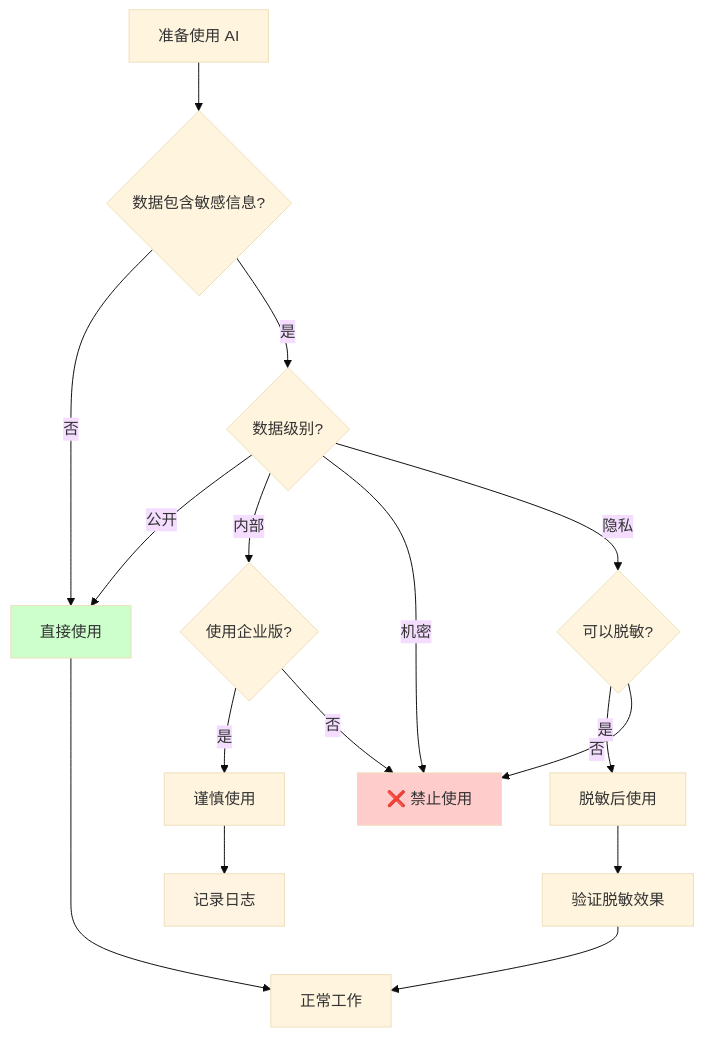
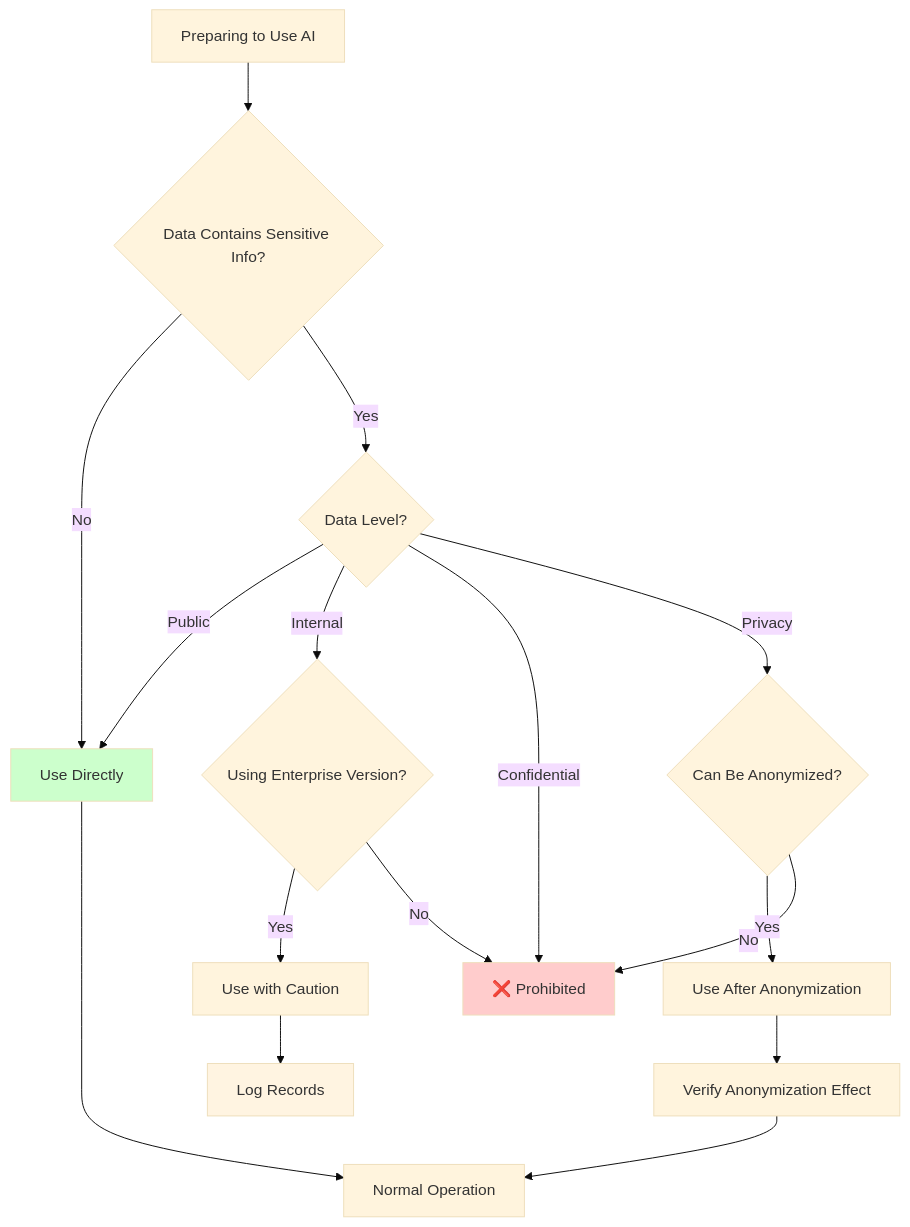
The third of 3 diagrams in docs/lessons/lesson-7.md (tianhongTina/ai-literacy-bootcamp), drawn with Mermaid (base theme) before and after one commit. The commit also changed other lines of this file and 18 other files, not shown here.

````diff
--- a/docs/lessons/lesson-7.md
+++ b/docs/lessons/lesson-7.md
@@ -119,26 +119,26 @@
 ```mermaid
 graph TD
-    A[准备使用 AI] --> B{数据包含敏感信息?}
+    A[Preparing to Use AI] --> B{Data Contains Sensitive Info?}
     
-    B -->|否| C[直接使用]
-    B -->|是| D{数据级别?}
+    B -->|No| C[Use Directly]
+    B -->|Yes| D{Data Level?}
     
-    D -->|公开| C
-    D -->|内部| E{使用企业版?}
-    E -->|是| F[谨慎使用]
-    E -->|否| G[❌ 禁止使用]
+    D -->|Public| C
+    D -->|Internal| E{Using Enterprise Version?}
+    E -->|Yes| F[Use with Caution]
+    E -->|No| G[❌ Prohibited]
     
-    D -->|机密| G
-    D -->|隐私| H{可以脱敏?}
-    H -->|是| I[脱敏后使用]
-    H -->|否| G
+    D -->|Confidential| G
+    D -->|Privacy| H{Can Be Anonymized?}
+    H -->|Yes| I[Use After Anonymization]
+    H -->|No| G
     
-    C --> J[正常工作]
-    F --> K[记录日志]
-    I --> L[验证脱敏效果]
+    C --> J[Normal Operation]
+    F --> K[Log Records]
+    I --> L[Verify Anonymization Effect]
     L --> J
     
     style C fill:#ccffcc
     style G fill:#ffcccc
     style K fill:#fff4e1
 ```
````
